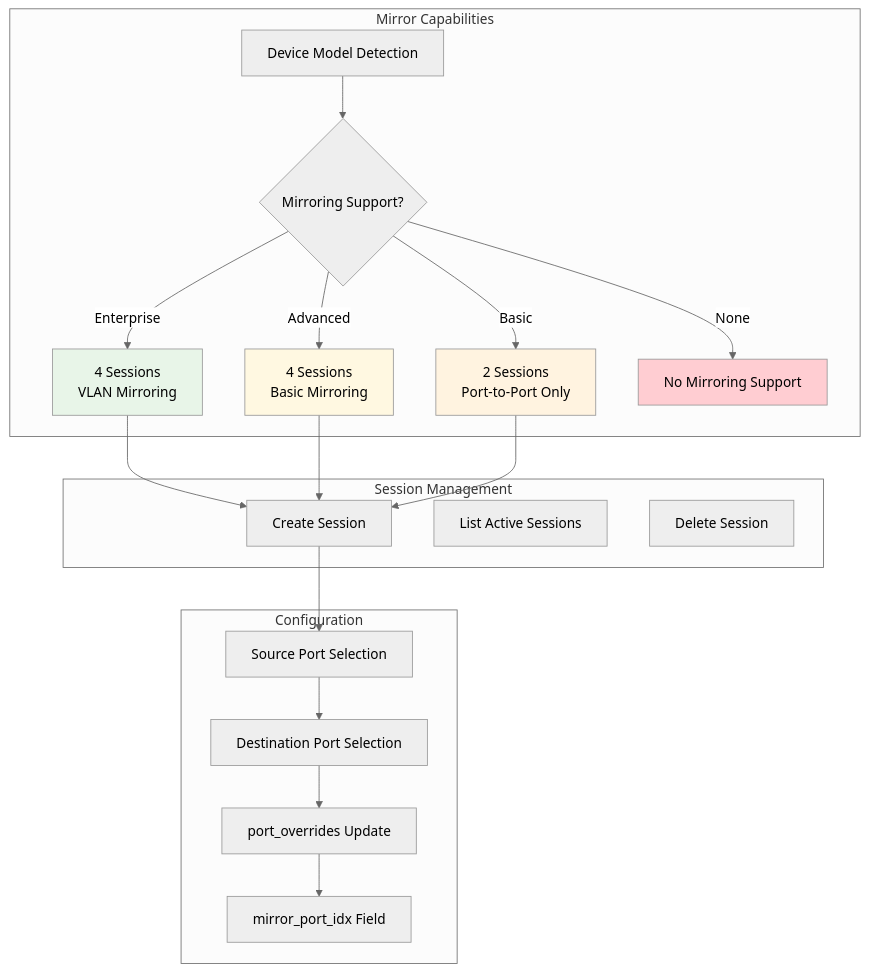
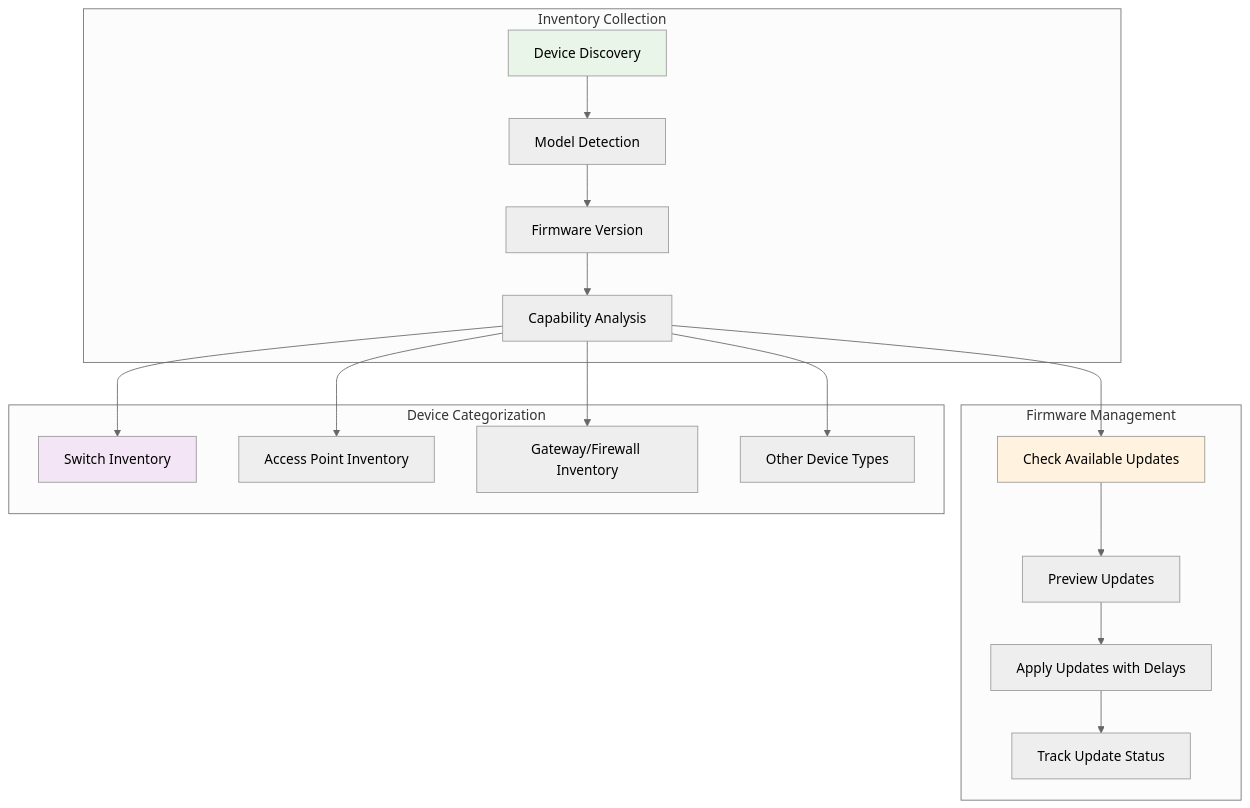
Diagram 16 of 27 in docs/architecture-and-codemap.md (NetDevAutomate/unifi_port_mapper), drawn with Mermaid (neutral theme) before and after one commit. The commit also changed other lines of this file and 2 other files, not shown here.

````diff
--- a/docs/architecture-and-codemap.md
+++ b/docs/architecture-and-codemap.md
@@ -675,37 +675,37 @@
 ```mermaid
 graph TB
-    subgraph "Mirror Capabilities"
-        A[Device Model Detection]
-        A --> B{Mirroring Support?}
-        B -->|Enterprise| C[4 Sessions<br/>VLAN Mirroring]
-        B -->|Advanced| D[4 Sessions<br/>Basic Mirroring]
-        B -->|Basic| E[2 Sessions<br/>Port-to-Port Only]
-        B -->|None| F[No Mirroring Support]
+    subgraph "Inventory Collection"
+        A[Device Discovery]
+        A --> B[Model Detection]
+        B --> C[Firmware Version]
+        C --> D[Capability Analysis]
     end
 
-    subgraph "Session Management"
-        G[Create Session]
-        H[List Active Sessions]
-        I[Delete Session]
+    subgraph "Firmware Management"
+        E[Check Available Updates]
+        F[Preview Updates]
+        G[Apply Updates with Delays]
+        H[Track Update Status]
     end
 
-    subgraph "Configuration"
-        J[Source Port Selection]
-        K[Destination Port Selection]
-        L[port_overrides Update]
-        L --> M[mirror_port_idx Field]
+    subgraph "Device Categorization"
+        I[Switch Inventory]
+        J[Access Point Inventory]
+        K[Gateway/Firewall Inventory]
+        L[Other Device Types]
     end
 
-    C --> G
-    D --> G
-    E --> G
+    D --> E
+    E --> F
+    F --> G
+    G --> H
 
-    G --> J
-    J --> K
-    K --> L
+    D --> I
+    D --> J
+    D --> K
+    D --> L
 
-    style C fill:#e8f5e8
-    style D fill:#fff8e1
+    style A fill:#e8f5e8
     style E fill:#fff3e0
-    style F fill:#ffcdd2
+    style I fill:#f3e5f5
 ```
````
